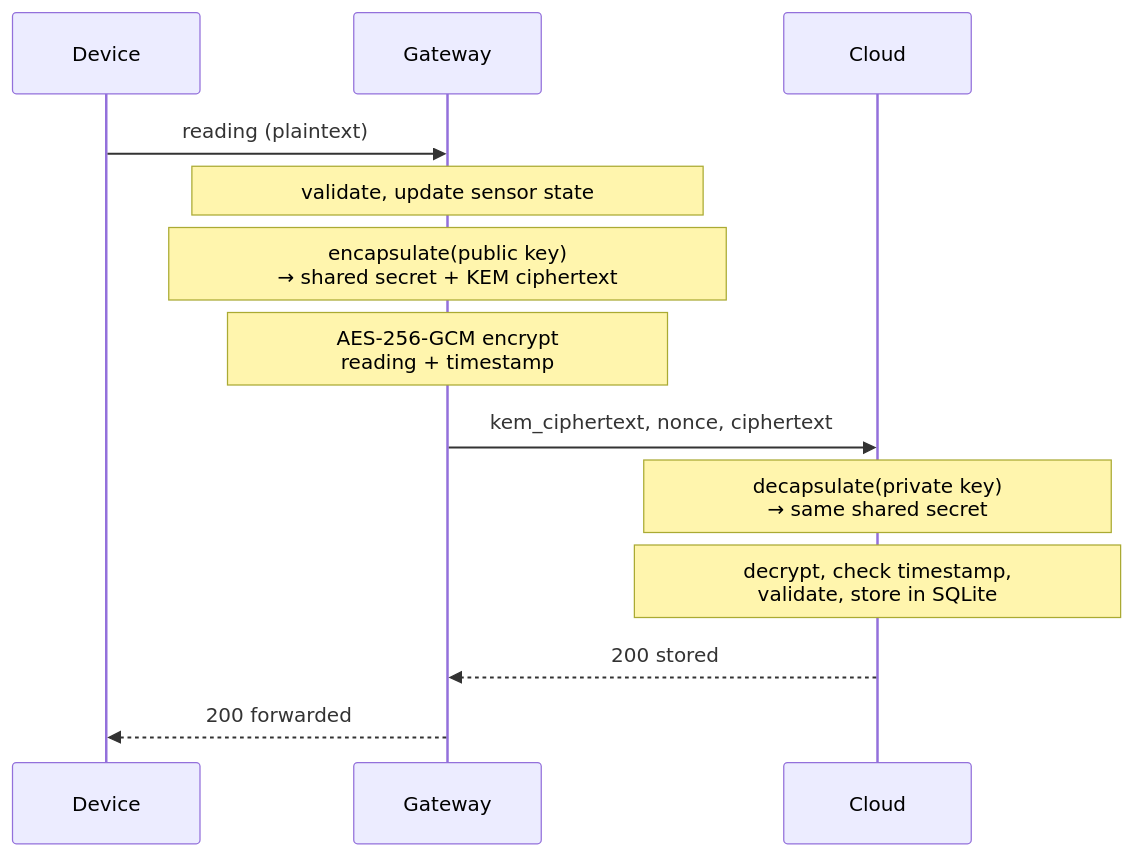
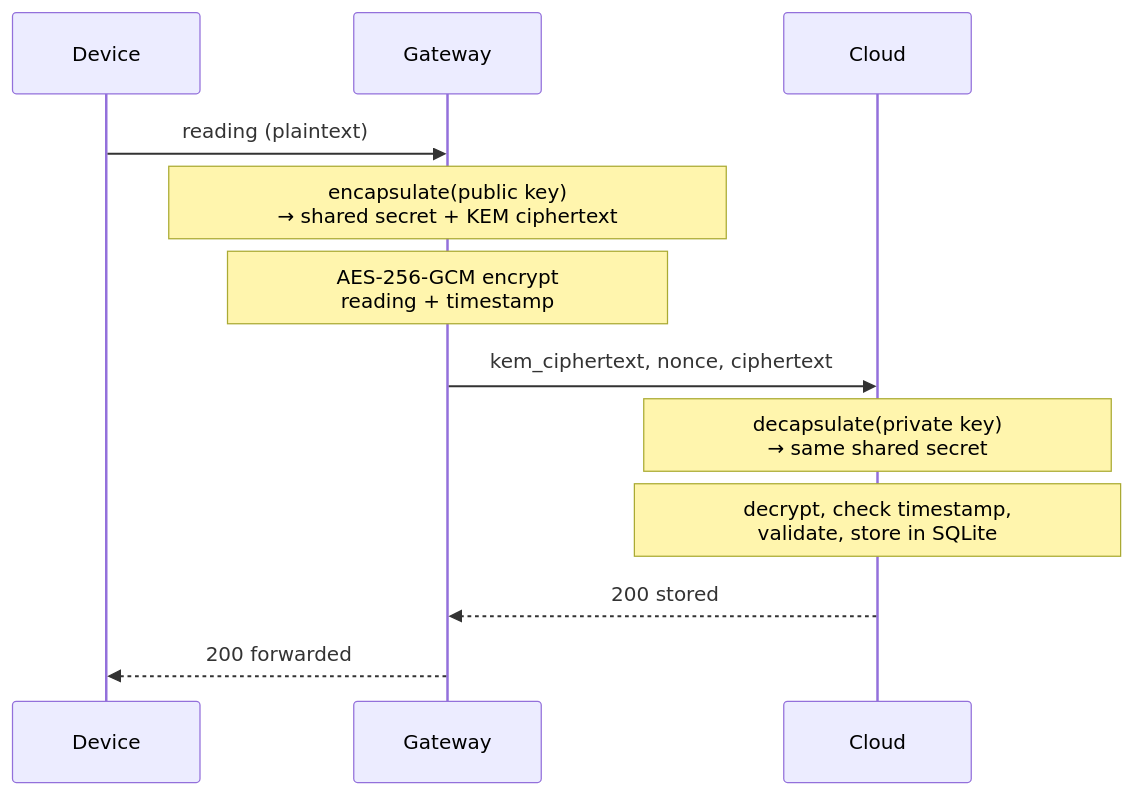
The diagram in figures/protected-reading.mmd (stanleyrihak/software-maintenance-project--documentation), drawn with Mermaid before and after one commit. The commit also changed 8 other files, not shown here.

```diff
--- a/figures/protected-reading.mmd
+++ b/figures/protected-reading.mmd
@@ -1,13 +1,13 @@
 sequenceDiagram
     participant D as Device
     participant G as Gateway
     participant C as Cloud
     D->>G: reading (plaintext)
-    Note over G: #nbsp;validate, update sensor state#nbsp;
+
     Note over G: #nbsp;encapsulate(public key)#nbsp;<br/>#nbsp;→ shared secret + KEM ciphertext#nbsp;
     Note over G: #nbsp;AES-256-GCM encrypt#nbsp;<br/>#nbsp;reading + timestamp#nbsp;
     G->>C: kem_ciphertext, nonce, ciphertext
     Note over C: #nbsp;decapsulate(private key)#nbsp;<br/>#nbsp;→ same shared secret#nbsp;
     Note over C: #nbsp;decrypt, check timestamp,#nbsp;<br/>#nbsp;validate, store in SQLite#nbsp;
     C-->>G: 200 stored
     G-->>D: 200 forwarded
```
